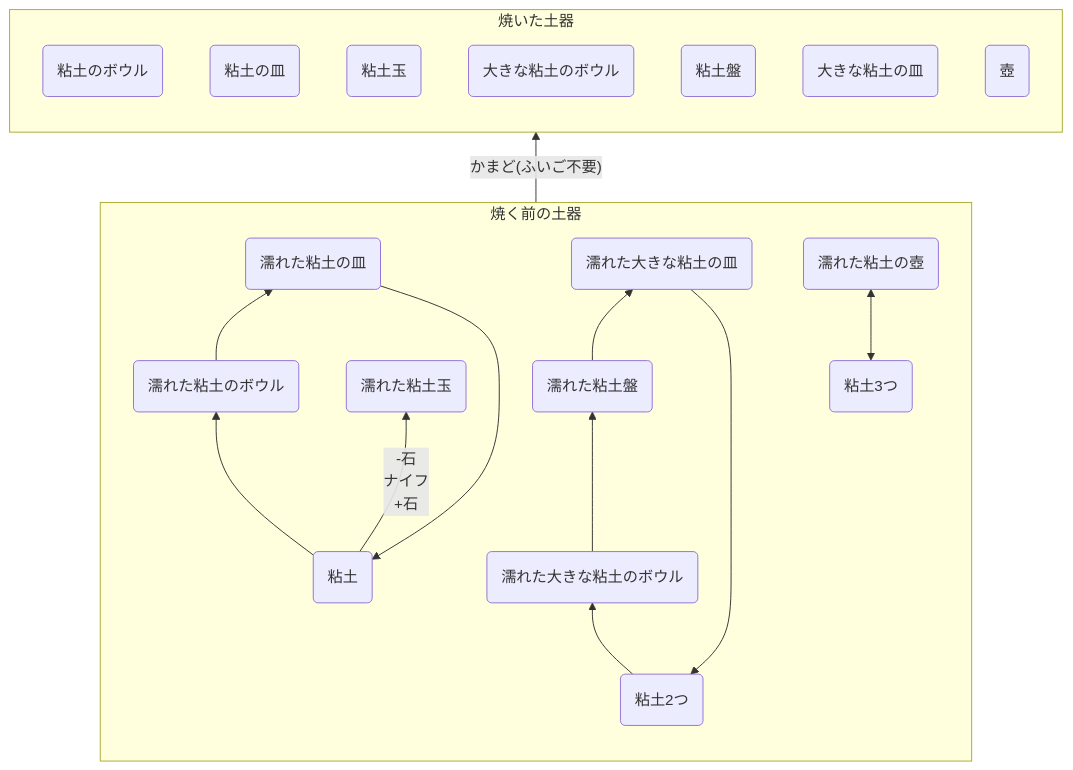
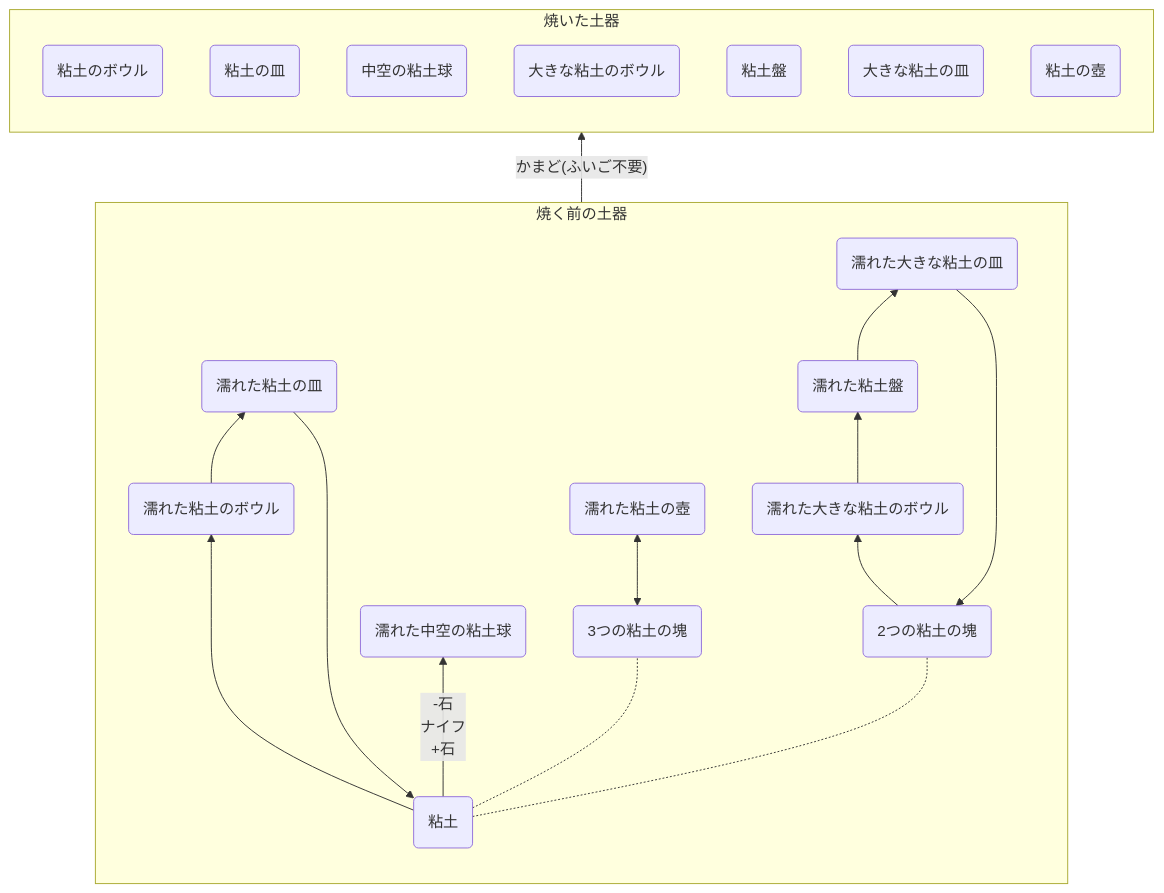
The diagram in Clay.md (aya-0p/yah-craft-recipe), drawn with Mermaid before and after one commit.

````diff
--- a/Clay.md
+++ b/Clay.md
@@ -1,44 +1,47 @@
 ```mermaid
 flowchart BT
 
 subgraph a [焼く前の土器]
 direction BT
 aaa(粘土)
 aab(濡れた粘土のボウル)
 aac(濡れた粘土の皿)
-aad(濡れた粘土玉)
+aad(濡れた中空の粘土球)
 
-aba(粘土2つ)
+aba(2つの粘土の塊)
 abb(濡れた大きな粘土のボウル)
 abc(濡れた粘土盤)
 abd(濡れた大きな粘土の皿)
 
-aca(粘土3つ)
+aca(3つの粘土の塊)
 acb(濡れた粘土の壺)
 
+aaa -.- aba
+aaa -.- aca
 
-aaa --> aab
+
+aaa ---> aab
 aab --> aac
 aac --> aaa
 aaa -->|"-石\nナイフ\n+石"| aad
 
 aba --> abb
 abb --> abc
 abc --> abd
 abd --> aba
 
 aca <--> acb
 end
 
 subgraph b [焼いた土器]
 direction BT
 ba(粘土のボウル)
 bb(粘土の皿)
-bc(粘土玉)
+bc(中空の粘土球)
 bd(大きな粘土のボウル)
 be(粘土盤)
 bf(大きな粘土の皿)
-bg(壺)
+bg(粘土の壺)
 end
 a -->|"かまど(ふいご不要)"| b
 ```
````
